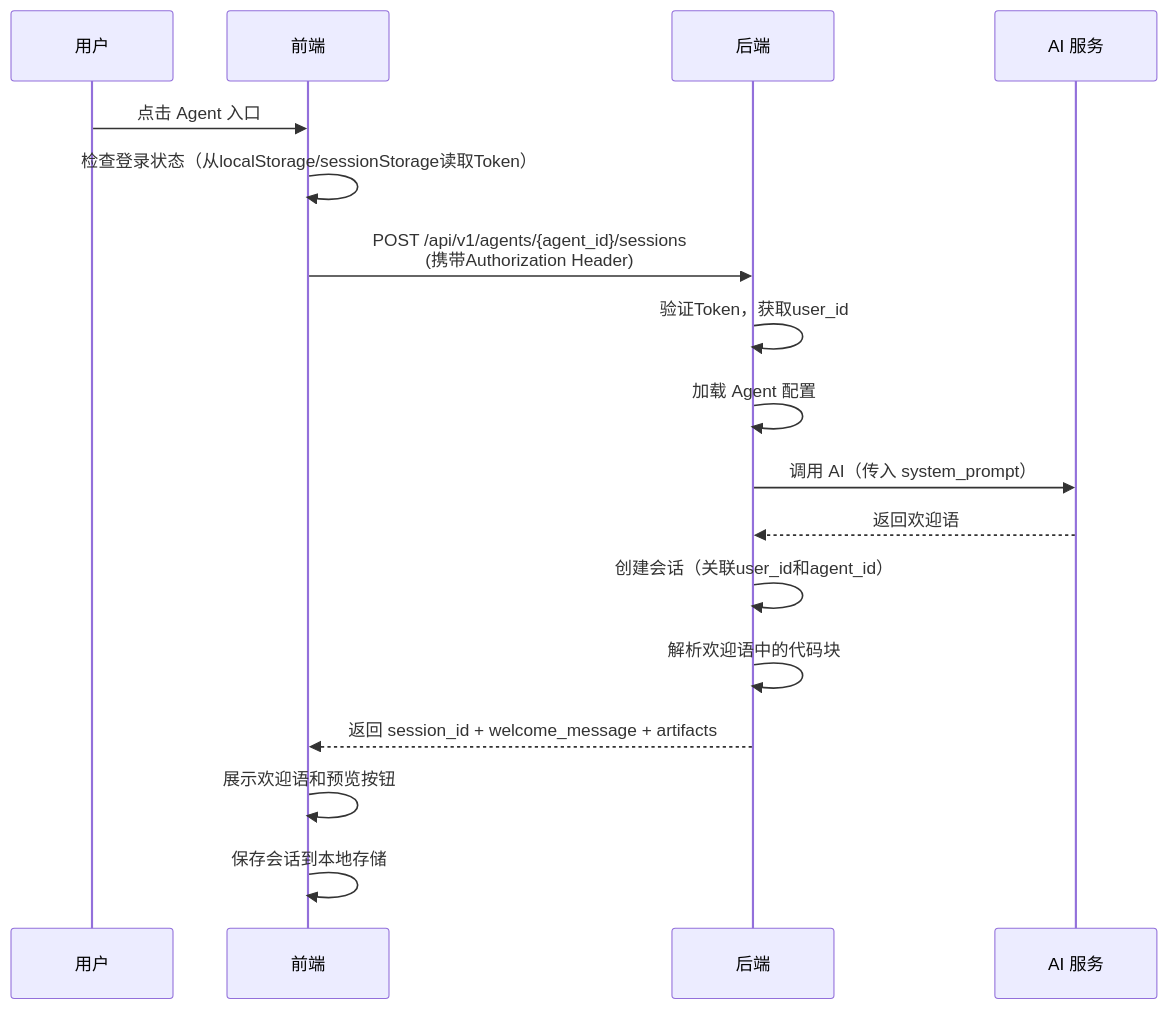
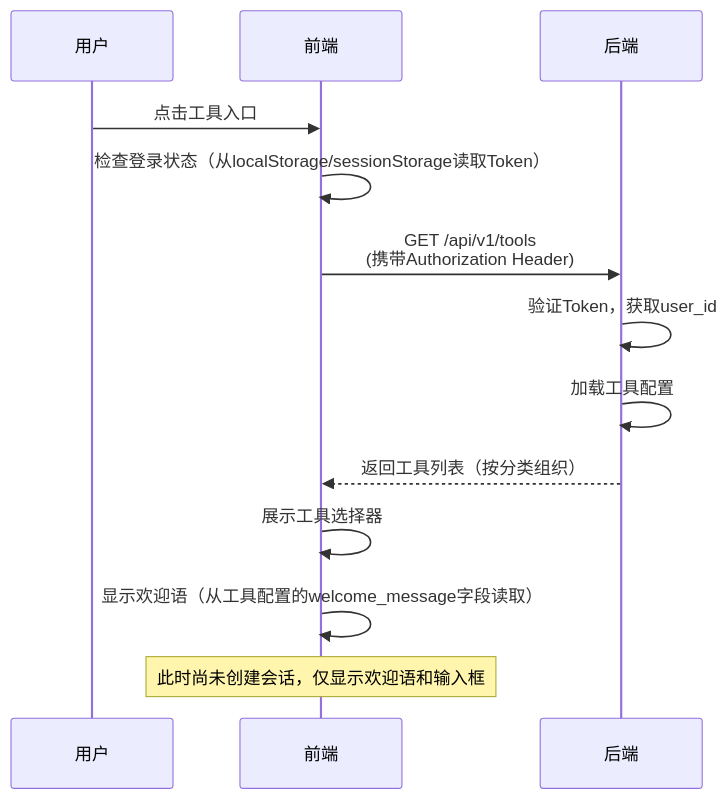
The third of 6 diagrams in docs/design/api_interface.md (ZhangColin/ai-teacher-platform), drawn with Mermaid before and after one commit. The commit also changed other lines of this file and 2 other files, not shown here.

````diff
--- a/docs/design/api_interface.md
+++ b/docs/design/api_interface.md
@@ -607,20 +768,16 @@
 ```mermaid
 sequenceDiagram
     participant User as 用户
     participant Frontend as 前端
     participant Backend as 后端
-    participant AI as AI 服务
 
-    User->>Frontend: 点击 Agent 入口
+    User->>Frontend: 点击工具入口
     Frontend->>Frontend: 检查登录状态（从localStorage/sessionStorage读取Token）
-    Frontend->>Backend: POST /api/v1/agents/{agent_id}/sessions<br/>(携带Authorization Header)
+    Frontend->>Backend: GET /api/v1/tools<br/>(携带Authorization Header)
     Backend->>Backend: 验证Token，获取user_id
-    Backend->>Backend: 加载 Agent 配置
-    Backend->>AI: 调用 AI（传入 system_prompt）
-    AI-->>Backend: 返回欢迎语
-    Backend->>Backend: 创建会话（关联user_id和agent_id）
-    Backend->>Backend: 解析欢迎语中的代码块
-    Backend-->>Frontend: 返回 session_id + welcome_message + artifacts
-    Frontend->>Frontend: 展示欢迎语和预览按钮
-    Frontend->>Frontend: 保存会话到本地存储
+    Backend->>Backend: 加载工具配置
+    Backend-->>Frontend: 返回工具列表（按分类组织）
+    Frontend->>Frontend: 展示工具选择器
+    Frontend->>Frontend: 显示欢迎语（从工具配置的welcome_message字段读取）
+    Note over Frontend: 此时尚未创建会话，仅显示欢迎语和输入框
 ```
````
